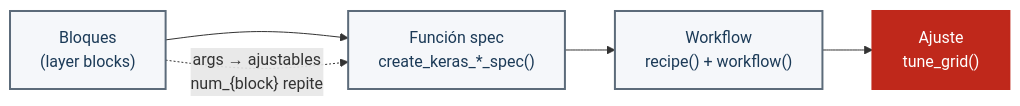
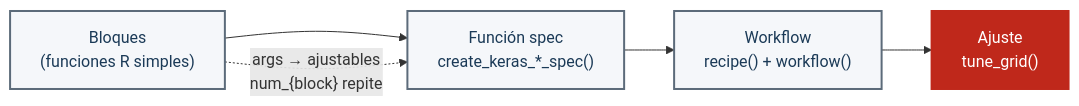
The second of 2 diagrams in presentations/madrid-2-2026/index.qmd (davidrsch/kerasnip_presentations), drawn with Mermaid before and after one commit. The commit also changed other lines of this file, not shown here.

````diff
--- a/presentations/madrid-2-2026/index.qmd
+++ b/presentations/madrid-2-2026/index.qmd
@@ -1434,15 +1160,15 @@
 ```{mermaid}
 %%| fig-align: center
 
 flowchart LR
   classDef step fill:#f5f7fa,stroke:#5c6b7a,color:#1b3a57,stroke-width:2px;
   classDef tune fill:#BF281B,stroke:#BF281B,color:#ffffff,stroke-width:2px;
 
-  A["Bloques<br/>(layer blocks)"] --> B["Función spec<br/>create_keras_*_spec()"]
+  A["Bloques<br/>(funciones R simples)"] --> B["Función spec<br/>create_keras_*_spec()"]
   B --> C["Workflow<br/>recipe() + workflow()"]
   C --> D["Ajuste<br/>tune_grid()"]
   A -. "args → ajustables<br/>num_{block} repite" .-> B
 
   class A,B,C step;
   class D tune;
 ```
````
